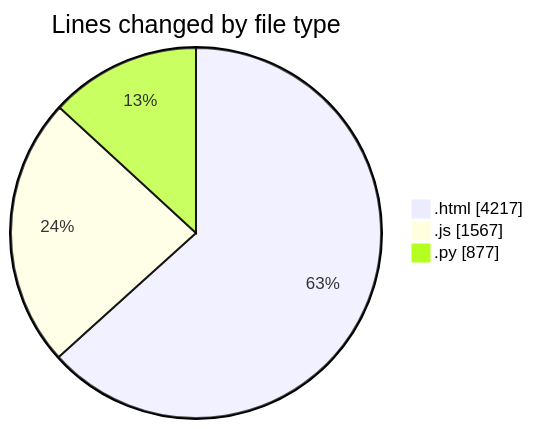
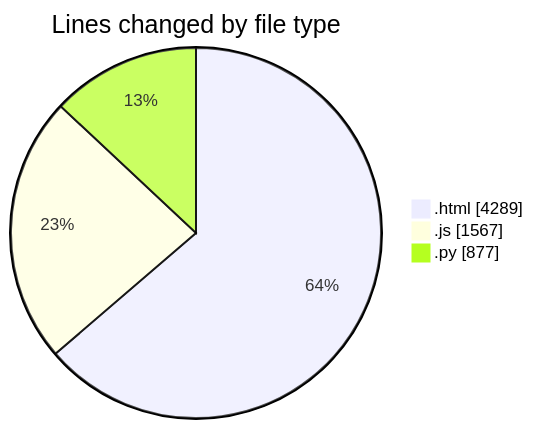
Before and after one commit to shibass792/code-tracking: the first of 2 diagrams in 2026-07-15/shibass-ai/README.md, drawn with Mermaid. The commit also changed other lines of this file and 1 other file, not shown here.

````diff
--- a/2026-07-15/shibass-ai/README.md
+++ b/2026-07-15/shibass-ai/README.md
@@ -24,7 +24,7 @@
 ```mermaid
 pie showData
 title Lines changed by file type
-".html" : 4217
+".html" : 4289
 ".js" : 1567
 ".py" : 877
 ```
````
